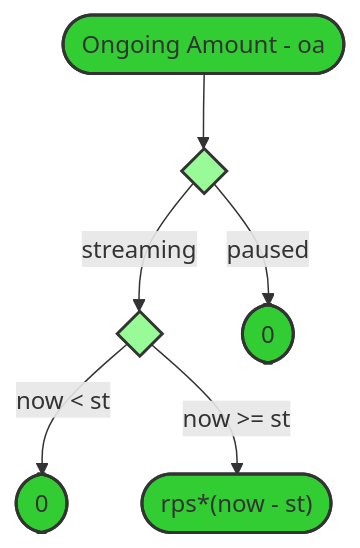
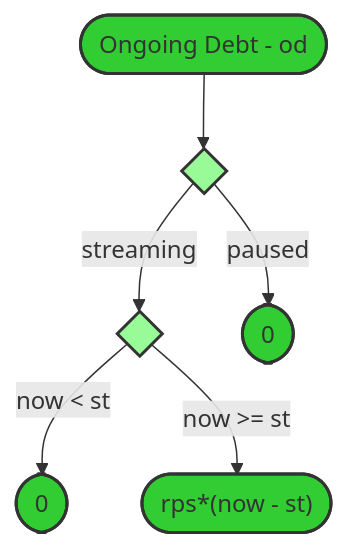
One commit to sablier-labs/flow changed the fifth of 8 diagrams in diagrams.md. Above: the diagram before and after it, drawn with Mermaid. The commit also changed other lines of this file and 51 other files, not shown here.

````diff
--- a/diagrams.md
+++ b/diagrams.md
@@ -169,18 +169,18 @@
 ```mermaid
 flowchart TD
-rca([Ongoing Amount - oa]):::green1
+rca([Ongoing Debt - od]):::green1
 di0{ }:::green0
 di1{ }:::green0
 res_00([0 ]):::green1
 res_01([0 ]):::green1
 res_rca(["rps*(now - st)"]):::green1
 
 rca --> di0
 di0 -- "streaming" --> di1
 di0 -- "paused" --> res_00
 di1 -- "now < st" --> res_01
 di1 -- "now >= st" --> res_rca
 
 classDef green0 fill:#98FB98,stroke:#333,stroke-width:2px;
 classDef green1 fill:#32cd32,stroke:#333,stroke-width:2px;
 ```
````
